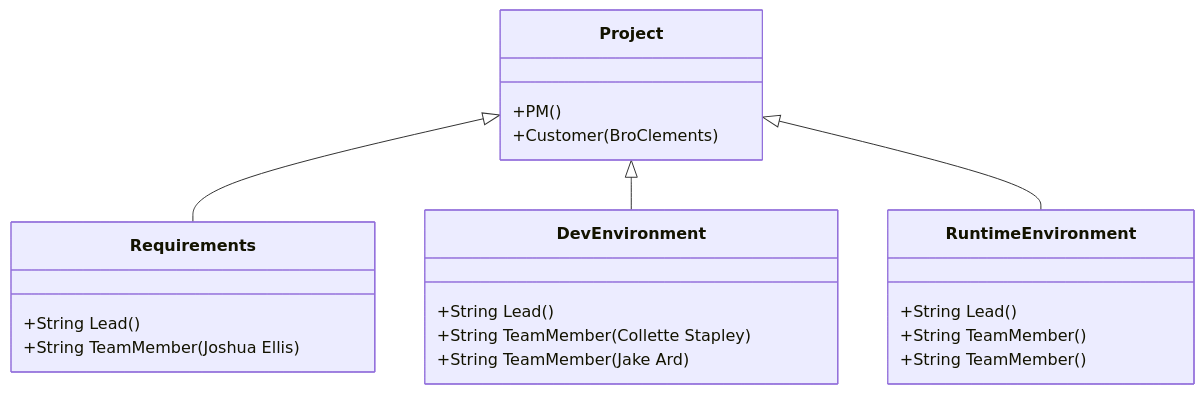
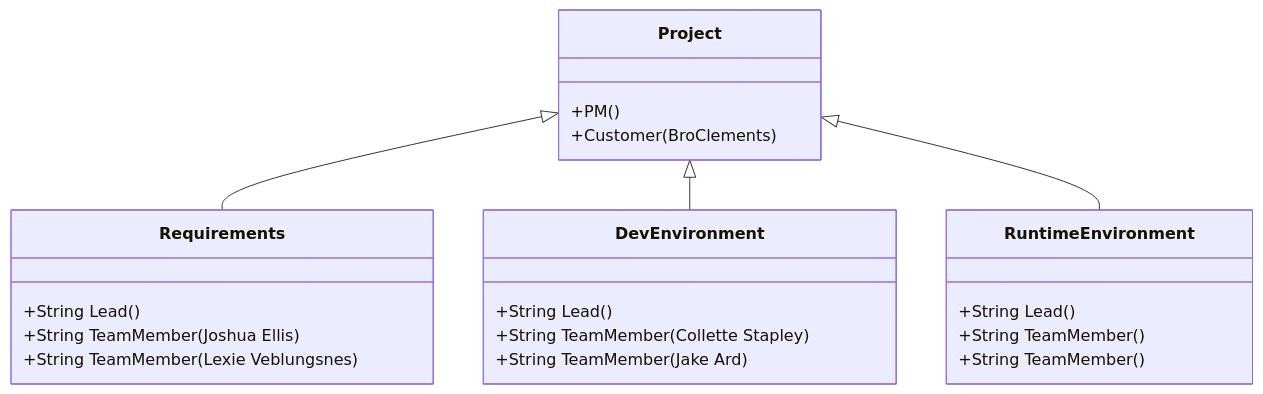
One commit to anrj2/2024SprCSE397PCP changed the first of 2 diagrams in project/org/OrganizationChart.md. Above: the diagram before and after it, drawn with Mermaid. The commit also changed other lines of this file, not shown here.

````diff
--- a/project/org/OrganizationChart.md
+++ b/project/org/OrganizationChart.md
@@ -2,23 +2,24 @@
 ```mermaid
 classDiagram
       Project <|-- Requirements
       Project <|-- DevEnvironment
       Project <|-- RuntimeEnvironment
       Project : +PM()
       Project : +Customer(BroClements)
       class Requirements{
           +String Lead()
           +String TeamMember(Joshua Ellis)
+          +String TeamMember(Lexie Veblungsnes)
 
       }
       class DevEnvironment{
           +String Lead()
           +String TeamMember(Collette Stapley)
           +String TeamMember(Jake Ard)
       }
       class RuntimeEnvironment{
           +String Lead()
           +String TeamMember()
           +String TeamMember()
       }
 ```
````
